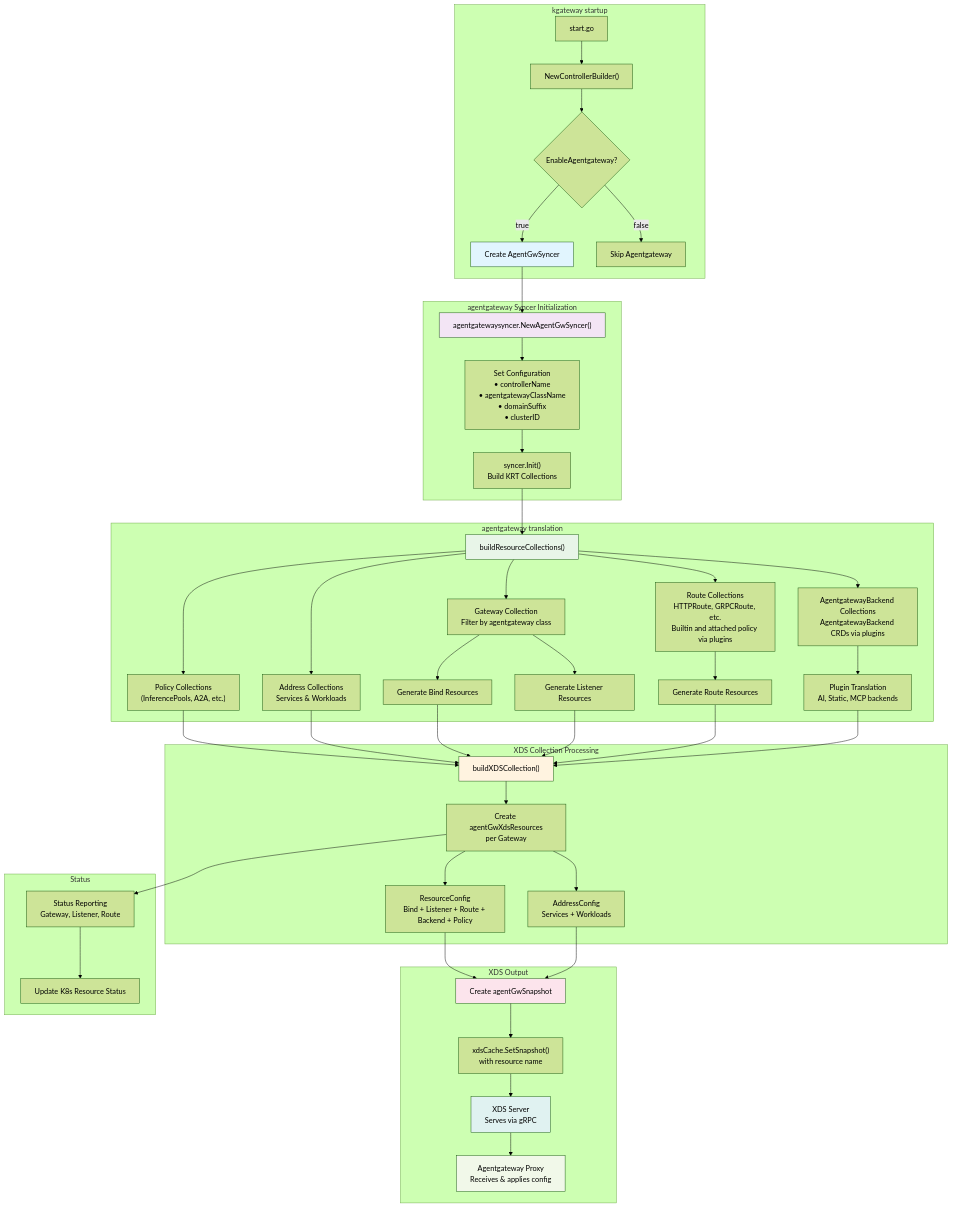
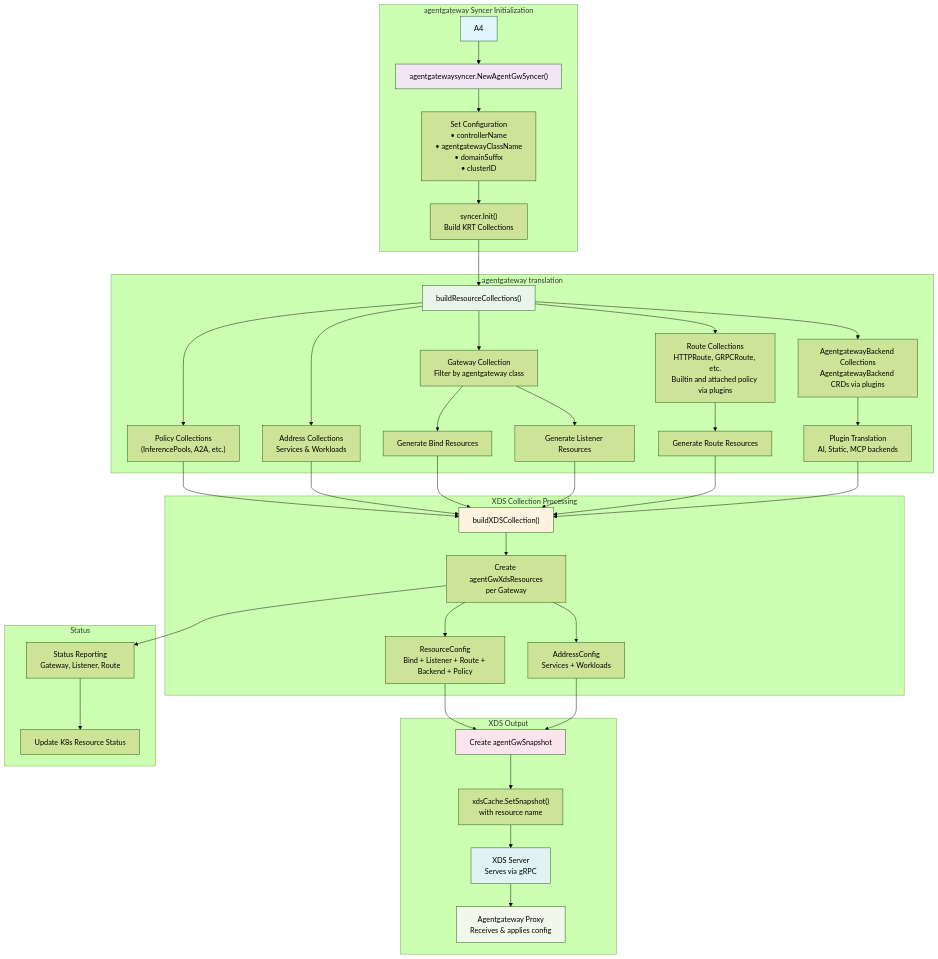
Before and after one commit to npolshakova/agentgateway: the diagram in controller/pkg/kgateway/agentgatewaysyncer/README.md, drawn with Mermaid (forest theme). The commit also changed other lines of this file and 12 other files, not shown here.

````diff
--- a/controller/pkg/kgateway/agentgatewaysyncer/README.md
+++ b/controller/pkg/kgateway/agentgatewaysyncer/README.md
@@ -286,66 +279,60 @@
 ```mermaid
 flowchart TD
-    subgraph "kgateway startup"
-        A1["start.go"] --> A2["NewControllerBuilder()"]
-        A2 --> A3{EnableAgentgateway?}
-        A3 -->|true| A4["Create AgentGwSyncer"]
-        A3 -->|false| A5["Skip Agentgateway"]
-    end
 
     subgraph "agentgateway Syncer Initialization"
         A4 --> B1["agentgatewaysyncer.NewAgentGwSyncer()"]
         B1 --> B2["Set Configuration<br/>• controllerName<br/>• agentgatewayClassName<br/>• domainSuffix<br/>• clusterID"]
         B2 --> B3["syncer.Init()<br/>Build KRT Collections"]
     end
 
     subgraph "agentgateway translation"
         B3 --> C1["buildResourceCollections()"]
 
         C1 --> C2["Gateway Collection<br/>Filter by agentgateway class"]
         C1 --> C3["Route Collections<br/>HTTPRoute, GRPCRoute, etc.<br/>Builtin and attached policy via plugins"]
         C1 --> C4["AgentgatewayBackend Collections<br/>AgentgatewayBackend CRDs via plugins"]
         C1 --> C5["Policy Collections<br/>(InferencePools, A2A, etc.)"]
         C1 --> C6["Address Collections<br/>Services & Workloads"]
 
         C2 --> C7["Generate Bind Resources"]
         C2 --> C8["Generate Listener Resources"]
         C3 --> C9["Generate Route Resources"]
         C4 --> C10["Plugin Translation<br/>AI, Static, MCP backends"]
     end
 
     subgraph "XDS Collection Processing"
         C5 --> D1["buildXDSCollection()"]
         C6 --> D1
         C7 --> D1
         C8 --> D1
         C9 --> D1
         C10 --> D1
 
         D1 --> D2["Create agentGwXdsResources<br/>per Gateway"]
         D2 --> D3["ResourceConfig<br/>Bind + Listener + Route + Backend + Policy"]
         D2 --> D4["AddressConfig<br/>Services + Workloads"]
     end
 
     subgraph "XDS Output"
         D3 --> E1["Create agentGwSnapshot"]
         D4 --> E1
 
         E1 --> E2["xdsCache.SetSnapshot()<br/>with resource name"]
         E2 --> E3["XDS Server<br/>Serves via gRPC"]
 
         E3 --> E4["Agentgateway Proxy<br/>Receives & applies config"]
     end
 
     subgraph "Status"
         D2 --> F1["Status Reporting<br/>Gateway, Listener, Route"]
         F1 --> F2["Update K8s Resource Status"]
     end
 
     style A4 fill:#e1f5fe
     style B1 fill:#f3e5f5
     style C1 fill:#e8f5e8
     style D1 fill:#fff3e0
     style E1 fill:#fce4ec
     style E3 fill:#e0f2f1
     style E4 fill:#f1f8e9
 ```
````
